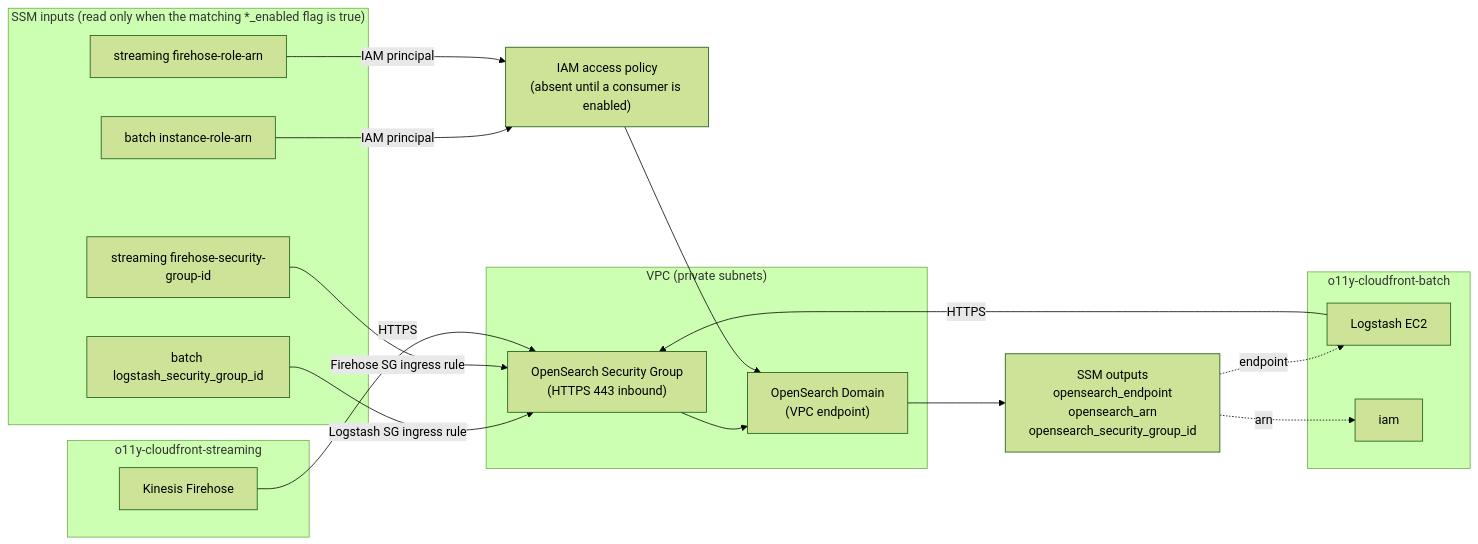
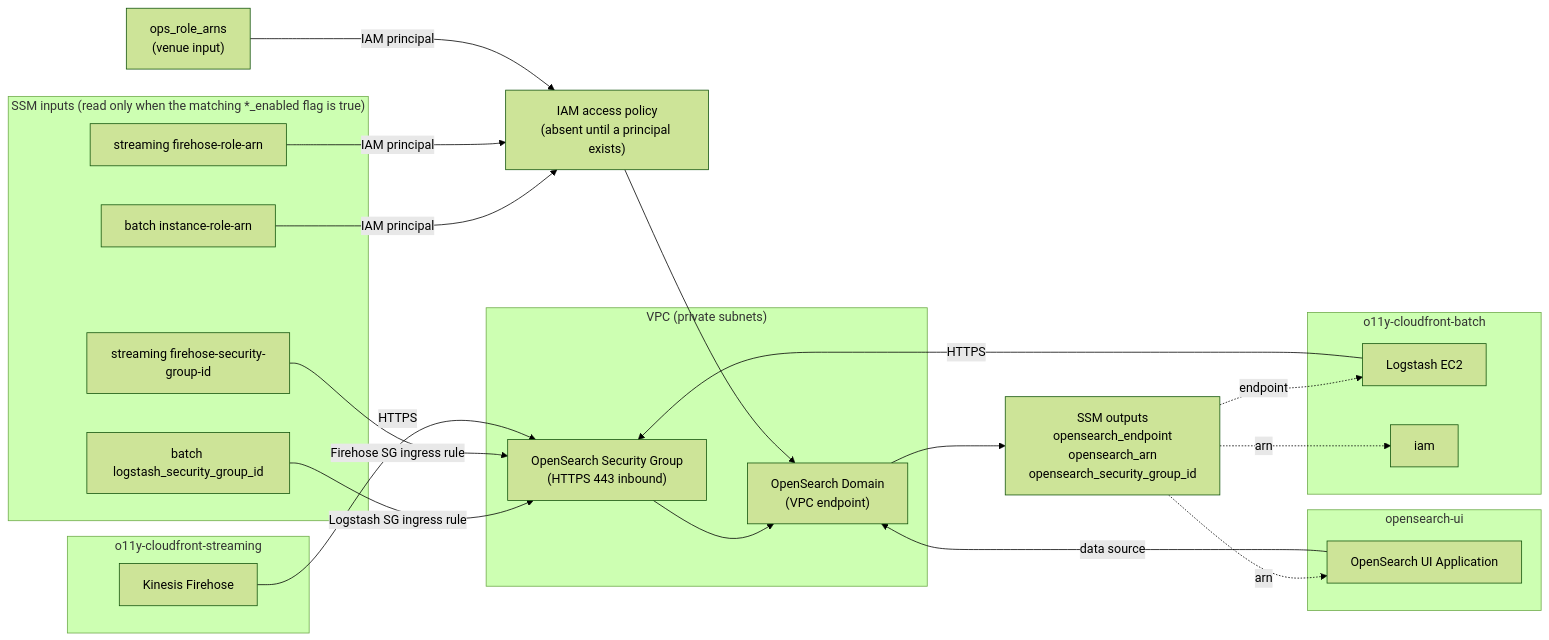
Before and after one commit to NASA-PDS/o11y-platform: the first of 2 diagrams in terraform/README.md, drawn with Mermaid (forest theme). The commit also changed other lines of this file and 2 other files, not shown here.

````diff
--- a/terraform/README.md
+++ b/terraform/README.md
@@ -16,38 +16,46 @@
 ```mermaid
 flowchart LR
     subgraph vpc["VPC (private subnets)"]
         SG["OpenSearch Security Group\n(HTTPS 443 inbound)"]
         OS["OpenSearch Domain\n(VPC endpoint)"]
     end
 
     subgraph ssm_in["SSM inputs (read only when the matching *_enabled flag is true)"]
         EC2ARN["batch instance-role-arn"]
         LSSGID["batch logstash_security_group_id"]
         FHARN["streaming firehose-role-arn"]
         FHSGID["streaming firehose-security-group-id"]
     end
 
-    POL["IAM access policy\n(absent until a consumer is enabled)"]
+    OPS["ops_role_arns\n(venue input)"]
+    POL["IAM access policy\n(absent until a principal exists)"]
     SSM_OUT["SSM outputs\nopensearch_endpoint\nopensearch_arn\nopensearch_security_group_id"]
 
     subgraph wa["o11y-cloudfront-batch"]
         LS["Logstash EC2"]
         WAIAM["iam"]
     end
 
     subgraph cf["o11y-cloudfront-streaming"]
         FH["Kinesis Firehose"]
     end
 
+    subgraph ui["opensearch-ui"]
+        APP["OpenSearch UI Application"]
+    end
+
     LSSGID -->|"Logstash SG ingress rule"| SG
     FHSGID -->|"Firehose SG ingress rule"| SG
     SG --> OS
     EC2ARN -->|"IAM principal"| POL
     FHARN -->|"IAM principal"| POL
+    OPS -->|"IAM principal"| POL
     POL --> OS
     OS --> SSM_OUT
     SSM_OUT -.->|"endpoint"| LS
     SSM_OUT -.->|"arn"| WAIAM
+    SSM_OUT -.->|"arn"| APP
+    APP -->|"data source"| OS
     LS -->|"HTTPS"| SG
     FH -->|"HTTPS"| SG
 ```
````
